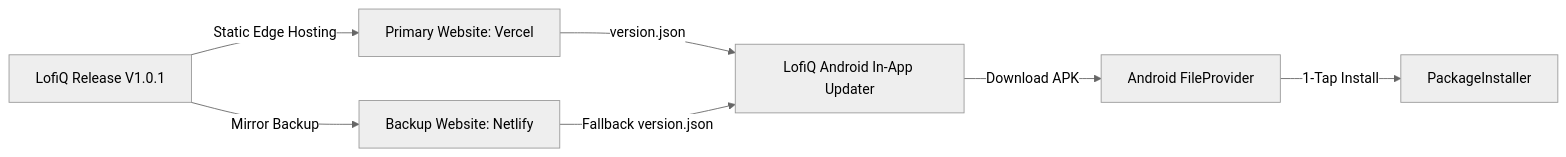
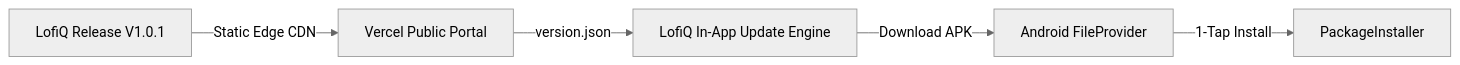
Before and after one commit to itsafxal/LofiQ-Music: the third of 3 diagrams in README.md, drawn with Mermaid (neutral theme). The commit also changed other lines of this file and 13 other files, not shown here.

````diff
--- a/README.md
+++ b/README.md
@@ -410,9 +410,7 @@
 ```mermaid
 flowchart LR
-    A[LofiQ Release V1.0.1] -->|Static Edge Hosting| B[Primary Website: Vercel]
-    A -->|Mirror Backup| C[Backup Website: Netlify]
-    B -->|version.json| D[LofiQ Android In-App Updater]
-    C -->|Fallback version.json| D
-    D -->|Download APK| E[Android FileProvider]
-    E -->|1-Tap Install| F[PackageInstaller]
+    A[LofiQ Release V1.0.1] -->|Static Edge CDN| B[Vercel Public Portal]
+    B -->|version.json| C[LofiQ In-App Update Engine]
+    C -->|Download APK| D[Android FileProvider]
+    D -->|1-Tap Install| E[PackageInstaller]
 ```
````
